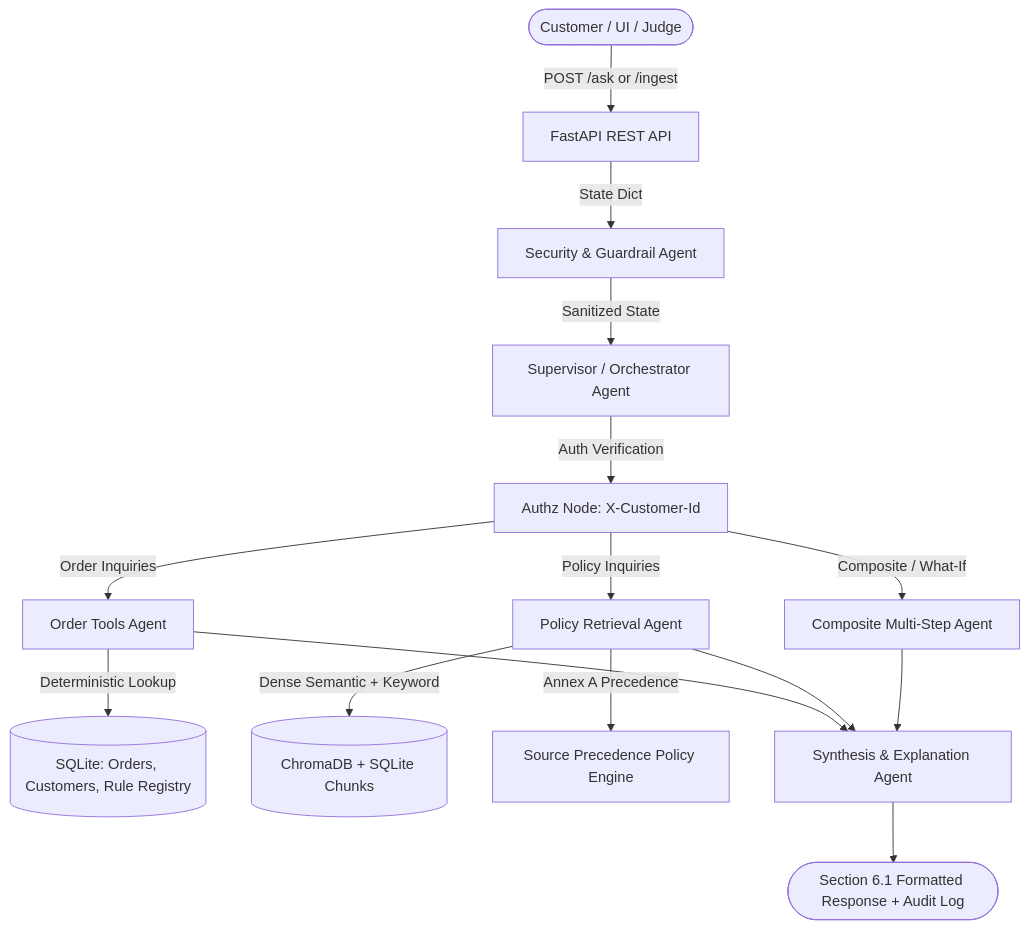
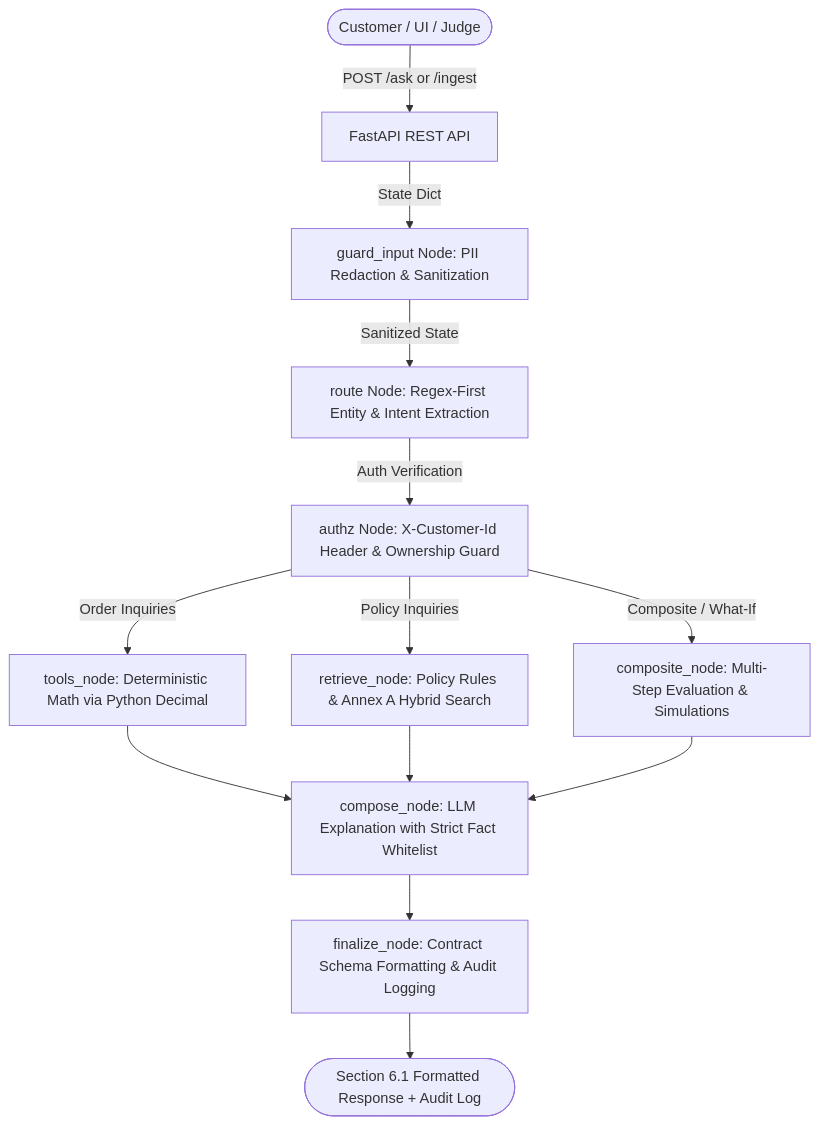
One commit to Shashank7440/HCL_hackathon changed the diagram in README.md. Above: the diagram before and after it, drawn with Mermaid. The commit also changed other lines of this file and 42 other files, not shown here.

Commit message:
feat(hackathon): complete retail AI support agent compliance with Annex A, C, and Section 6.1

````diff
--- a/README.md
+++ b/README.md
@@ -12,22 +14,19 @@
 ```mermaid
 graph TD
     User([Customer / UI / Judge]) -->|POST /ask or /ingest| FastAPI[FastAPI REST API]
-    FastAPI -->|State Dict| Guard[Security & Guardrail Agent]
-    Guard -->|Sanitized State| Supervisor[Supervisor / Orchestrator Agent]
+    FastAPI -->|State Dict| Guard[guard_input Node: PII Redaction & Sanitization]
+    Guard -->|Sanitized State| Route[route Node: Regex-First Entity & Intent Extraction]
     
-    Supervisor -->|Auth Verification| Authz[Authz Node: X-Customer-Id]
+    Route -->|Auth Verification| Authz[authz Node: X-Customer-Id Header & Ownership Guard]
     
-    Authz -->|Order Inquiries| ToolAgent[Order Tools Agent]
-    Authz -->|Policy Inquiries| RagAgent[Policy Retrieval Agent]
-    Authz -->|Composite / What-If| CompositeAgent[Composite Multi-Step Agent]
+    Authz -->|Order Inquiries| Tools[tools_node: Deterministic Math via Python Decimal]
+    Authz -->|Policy Inquiries| Retrieve[retrieve_node: Policy Rules & Annex A Hybrid Search]
+    Authz -->|Composite / What-If| Composite[composite_node: Multi-Step Evaluation & Simulations]
     
-    ToolAgent -->|Deterministic Lookup| SQLite[(SQLite: Orders, Customers, Rule Registry)]
-    RagAgent -->|Dense Semantic + Keyword| Vector[(ChromaDB + SQLite Chunks)]
-    RagAgent -->|Annex A Precedence| Resolver[Source Precedence Policy Engine]
+    Tools --> Compose[compose_node: LLM Explanation with Strict Fact Whitelist]
+    Retrieve --> Compose
+    Composite --> Compose
     
-    ToolAgent --> Synthesis[Synthesis & Explanation Agent]
-    RagAgent --> Synthesis
-    CompositeAgent --> Synthesis
-    
-    Synthesis --> Output([Section 6.1 Formatted Response + Audit Log])
+    Compose --> Finalize[finalize_node: Contract Schema Formatting & Audit Logging]
+    Finalize --> Output([Section 6.1 Formatted Response + Audit Log])
 ```
````
